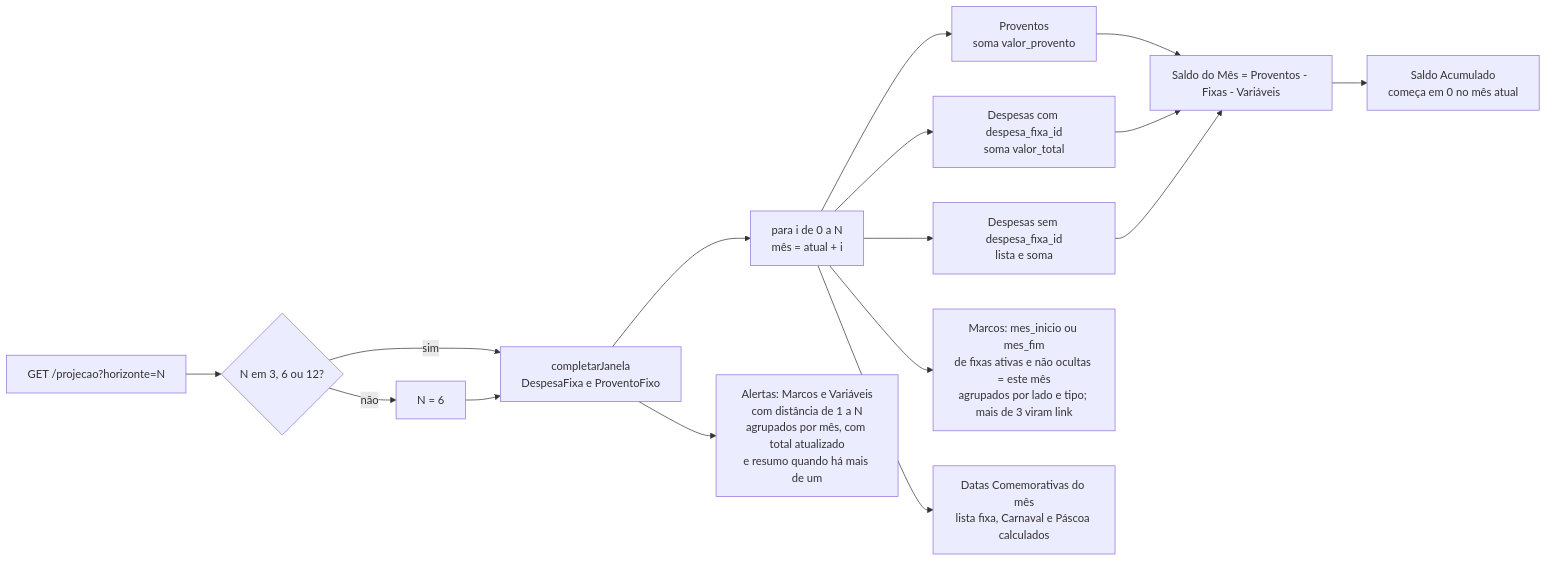
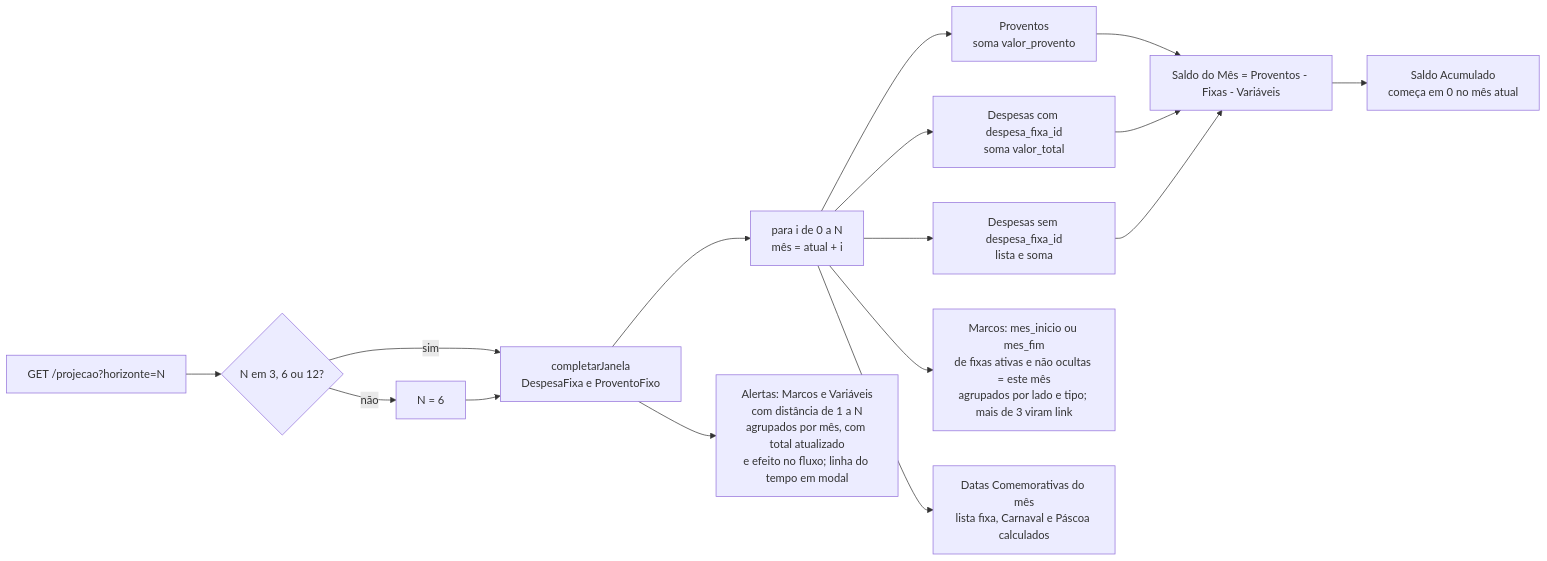
Before and after one commit to JefersonConceicao/jefin_finances: the ninth of 9 diagrams in docs/arquitetura.md, drawn with Mermaid. The commit also changed other lines of this file and 8 other files, not shown here.

Commit message:
feat: Alertas da Projeção numa linha do tempo em modal, com barras por mês e filtro Entradas/Saídas (#36)

````diff
--- a/docs/arquitetura.md
+++ b/docs/arquitetura.md
@@ -282,18 +282,18 @@
 ```mermaid
 flowchart LR
   Q["GET /projecao?horizonte=N"] --> HV{"N em 3, 6 ou 12?"}
   HV -->|não| H6["N = 6"]
   HV -->|sim| CJ
   H6 --> CJ["completarJanela<br/>DespesaFixa e ProventoFixo"]
   CJ --> LOOP["para i de 0 a N<br/>mês = atual + i"]
   LOOP --> PV["Proventos<br/>soma valor_provento"]
   LOOP --> DF["Despesas com despesa_fixa_id<br/>soma valor_total"]
   LOOP --> DV["Despesas sem despesa_fixa_id<br/>lista e soma"]
   PV --> SM["Saldo do Mês = Proventos - Fixas - Variáveis"]
   DF --> SM
   DV --> SM
   SM --> SA["Saldo Acumulado<br/>começa em 0 no mês atual"]
   LOOP --> MC["Marcos: mes_inicio ou mes_fim<br/>de fixas ativas e não ocultas = este mês<br/>agrupados por lado e tipo; mais de 3 viram link"]
   LOOP --> DC["Datas Comemorativas do mês<br/>lista fixa, Carnaval e Páscoa calculados"]
-  CJ --> AL["Alertas: Marcos e Variáveis<br/>com distância de 1 a N<br/>agrupados por mês, com total atualizado<br/>e resumo quando há mais de um"]
+  CJ --> AL["Alertas: Marcos e Variáveis<br/>com distância de 1 a N<br/>agrupados por mês, com total atualizado<br/>e efeito no fluxo; linha do tempo em modal"]
 ```
````
